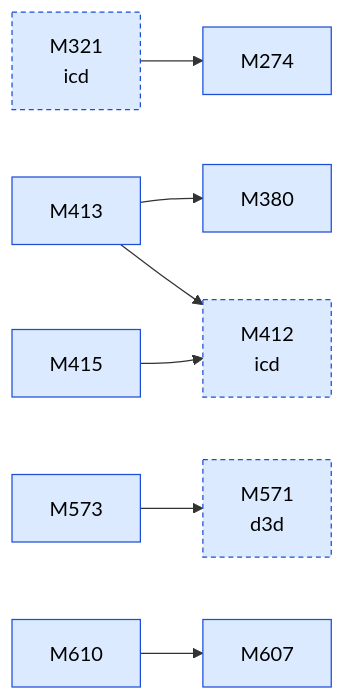
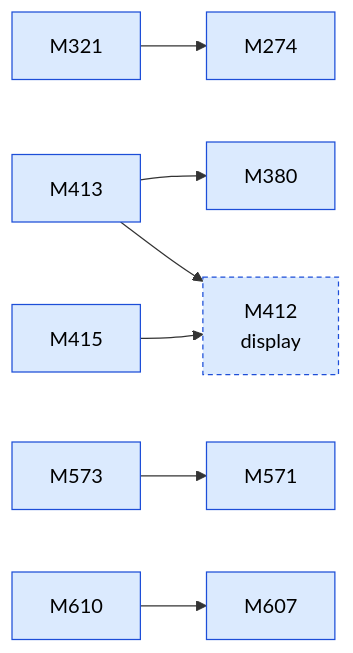
The diagram in docs/facts/graphs/games.md (D-Ogi/amdgpu-wddm), drawn with Mermaid before and after one commit. The commit also changed 27 other files, not shown here.

````diff
--- a/docs/facts/graphs/games.md
+++ b/docs/facts/graphs/games.md
@@ -15,25 +15,25 @@
 ```mermaid
 flowchart LR
   M274["M274"]:::MEASURED
-  M321["M321<br/>icd"]:::MEASURED
+  M321["M321"]:::MEASURED
   M380["M380"]:::MEASURED
-  M412["M412<br/>icd"]:::MEASURED
+  M412["M412<br/>display"]:::MEASURED
   M413["M413"]:::MEASURED
   M415["M415"]:::MEASURED
-  M571["M571<br/>d3d"]:::MEASURED
+  M571["M571"]:::MEASURED
   M573["M573"]:::MEASURED
   M607["M607"]:::MEASURED
   M610["M610"]:::MEASURED
   M321 --> M274
   M413 --> M380
   M413 --> M412
   M415 --> M412
   M573 --> M571
   M610 --> M607
   classDef HYPOTHESIS fill:#fff3c4,stroke:#9a7b00,color:#000
   classDef MEASURED fill:#dbeafe,stroke:#1d4ed8,color:#000
   classDef CONFIRMED fill:#d1fae5,stroke:#047857,color:#000
   classDef REFUTED fill:#fee2e2,stroke:#b91c1c,color:#000
   classDef other stroke-dasharray:4 3
-  class M321,M412,M571 other
+  class M412 other
 ```
````
